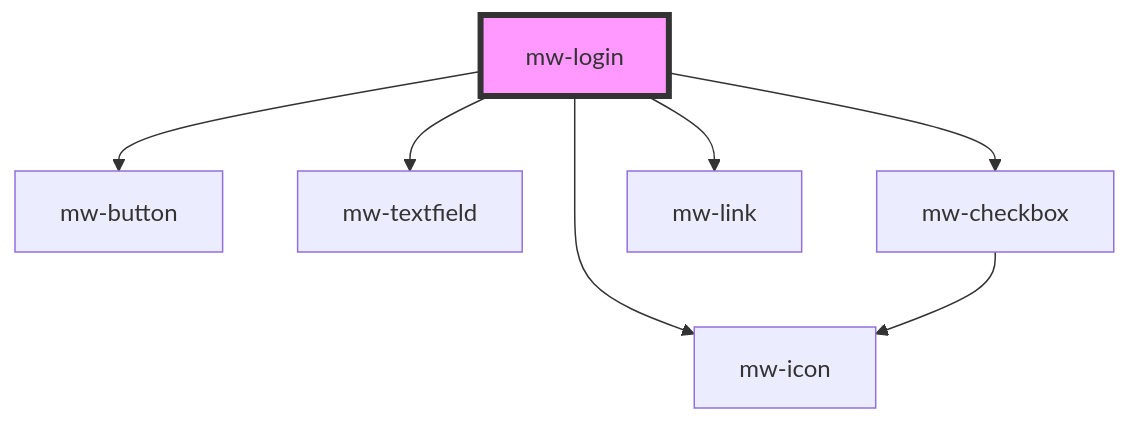
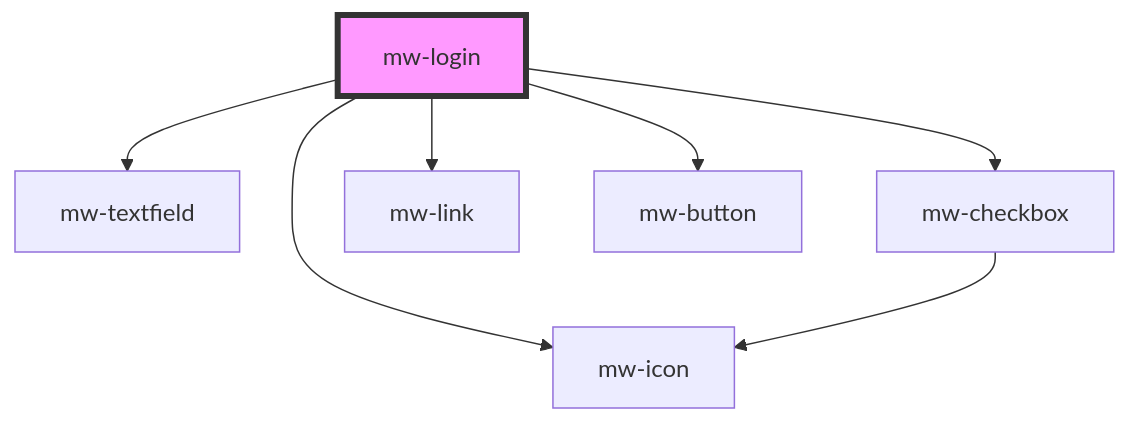
The diagram in mwui-stencil/src/components/mw-login/readme.md (MaibornWolff/mwui), drawn with Mermaid before and after one commit. The commit also changed other lines of this file and 2 other files, not shown here.

````diff
--- a/mwui-stencil/src/components/mw-login/readme.md
+++ b/mwui-stencil/src/components/mw-login/readme.md
@@ -28,10 +28,10 @@
 ```mermaid
 graph TD;
-  mw-login --> mw-button
   mw-login --> mw-textfield
   mw-login --> mw-icon
   mw-login --> mw-checkbox
   mw-login --> mw-link
+  mw-login --> mw-button
   mw-checkbox --> mw-icon
   style mw-login fill:#f9f,stroke:#333,stroke-width:4px
 ```
````
